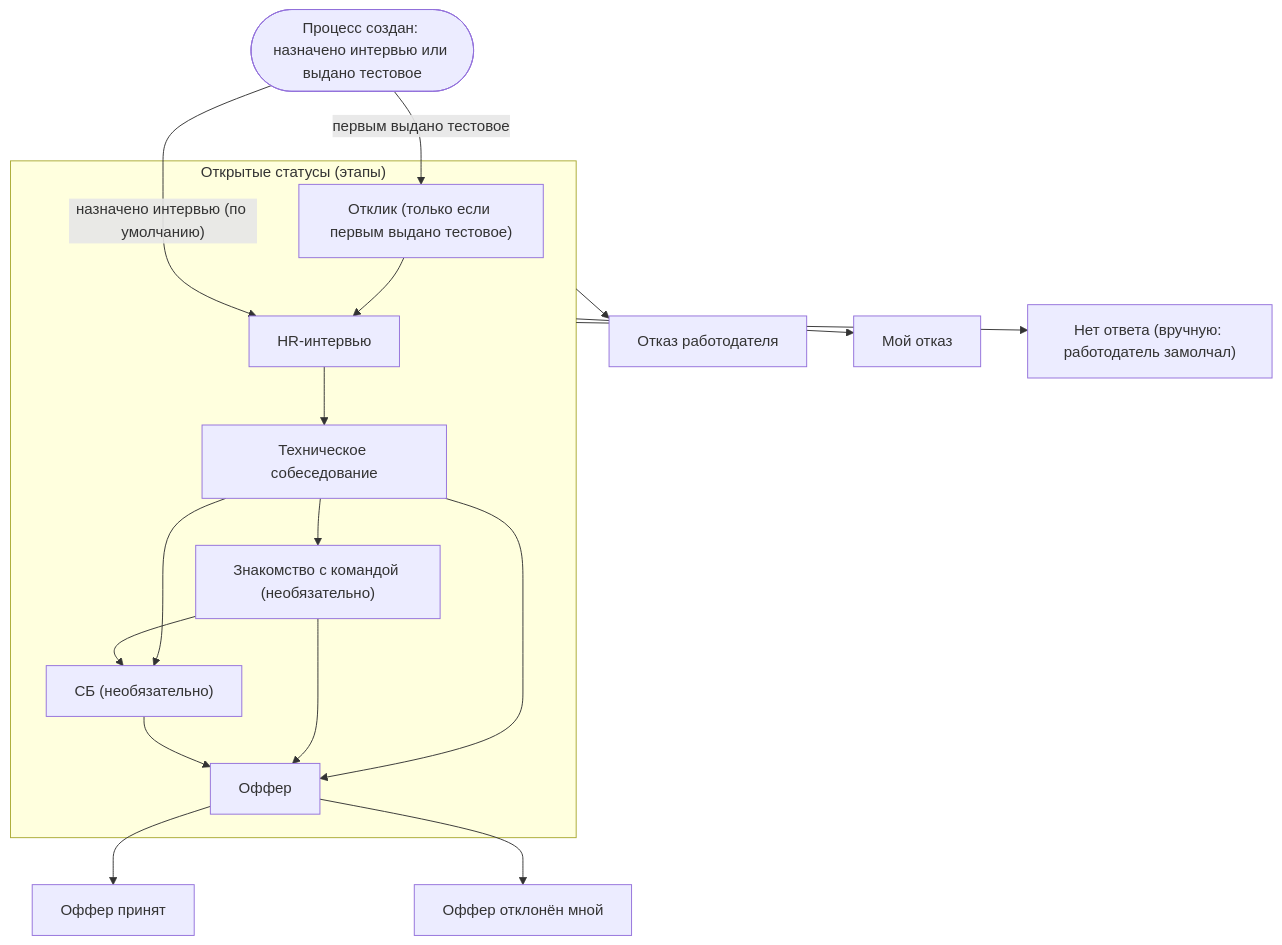
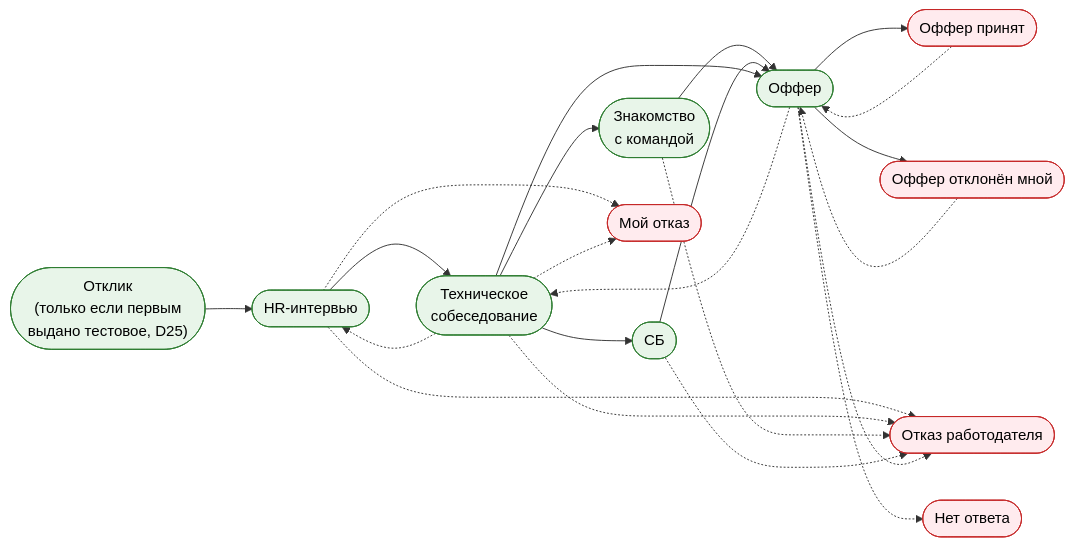
One commit to j112nsk/tw-portfolio changed the diagram in projects/06-job-search-crm/docs/process/03-status-model.md. Above: the diagram before and after it, drawn with Mermaid. The commit also changed other lines of this file and 1 other file, not shown here.

Commit message:
docs(job-crm): BPMN v2.x in Mermaid (TO-BE, stages, reminders)

````diff
--- a/projects/06-job-search-crm/docs/process/03-status-model.md
+++ b/projects/06-job-search-crm/docs/process/03-status-model.md
@@ -42,21 +42,41 @@
 ```mermaid
-flowchart TD
-    START(["Процесс создан: назначено интервью или выдано тестовое"])
-    subgraph OPEN["Открытые статусы (этапы)"]
-        APPLIED["Отклик (только если первым выдано тестовое)"] --> HR["HR-интервью"]
-        HR --> TECH["Техническое собеседование"]
-        TECH --> TEAM["Знакомство с командой (необязательно)"]
-        TECH --> SEC["СБ (необязательно)"]
-        TECH --> OFFER["Оффер"]
-        TEAM --> SEC
-        TEAM --> OFFER
-        SEC --> OFFER
-    end
-    START -->|"первым выдано тестовое"| APPLIED
-    START -->|"назначено интервью (по умолчанию)"| HR
-    OFFER --> ACCEPTED["Оффер принят"]
-    OFFER --> DECLINED["Оффер отклонён мной"]
-    OPEN --> REJECTED["Отказ работодателя"]
-    OPEN --> WITHDRAWN["Мой отказ"]
-    OPEN --> NORESP["Нет ответа (вручную: работодатель замолчал)"]
+flowchart LR
+    APPLIED(["Отклик<br/>(только если первым<br/>выдано тестовое, D25)"])
+    HR(["HR-интервью"])
+    TECH(["Техническое<br/>собеседование"])
+    TEAM(["Знакомство<br/>с командой"])
+    SEC(["СБ"])
+    OFFER(["Оффер"])
+    ACC(["Оффер принят"])
+    DEC(["Оффер отклонён мной"])
+    REJ(["Отказ работодателя"])
+    WIT(["Мой отказ"])
+    NOR(["Нет ответа"])
+
+    APPLIED --> HR --> TECH
+    TECH --> TEAM --> OFFER
+    TECH --> SEC --> OFFER
+    TECH --> OFFER
+    OFFER --> ACC
+    OFFER --> DEC
+
+    HR -.-> REJ
+    TECH -.-> REJ
+    TEAM -.-> REJ
+    SEC -.-> REJ
+    OFFER -.-> REJ
+    HR -.-> WIT
+    TECH -.-> WIT
+    OFFER -.-> NOR
+
+    %% Нетипичные переходы (предупреждение, не блокировка): SR2, раздел 5
+    TECH -.-> HR
+    OFFER -.-> TECH
+    ACC -.-> OFFER
+    DEC -.-> OFFER
+
+    classDef stage fill:#e8f5e9,stroke:#2e7d32,color:#000
+    classDef outcome fill:#ffebee,stroke:#c62828,color:#000
+    class APPLIED,HR,TECH,TEAM,SEC,OFFER stage
+    class ACC,DEC,REJ,WIT,NOR outcome
 ```
````
